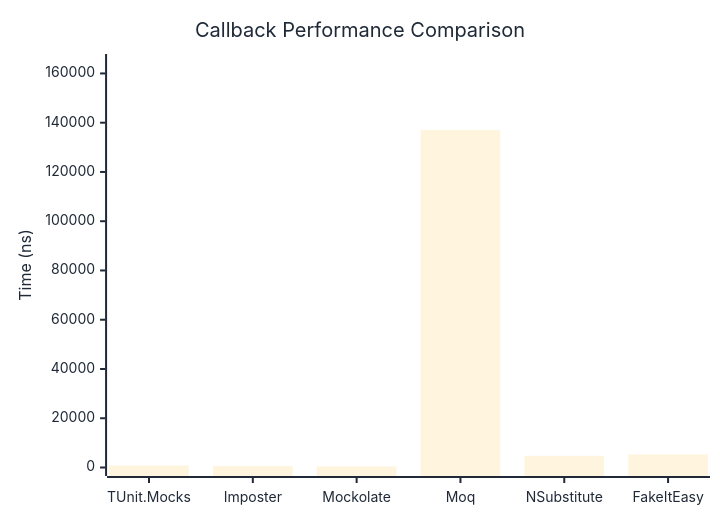
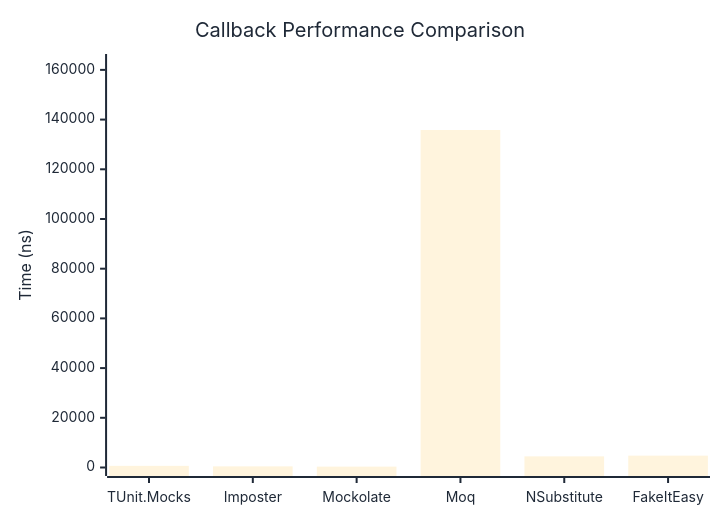
The first of 2 diagrams in docs/docs/benchmarks/mocks/Callback.md (thomhurst/TUnit), drawn with Mermaid before and after one commit. The commit also changed other lines of this file and 14 other files, not shown here.

````diff
--- a/docs/docs/benchmarks/mocks/Callback.md
+++ b/docs/docs/benchmarks/mocks/Callback.md
@@ -30,27 +30,27 @@
 ```mermaid
 %%{init: {
   'theme':'base',
   'themeVariables': {
     'primaryColor': '#2563eb',
     'primaryTextColor': '#1f2937',
     'primaryBorderColor': '#1e40af',
     'lineColor': '#6b7280',
     'secondaryColor': '#7c3aed',
     'tertiaryColor': '#dc2626',
     'background': '#ffffff',
     'pie1': '#2563eb',
     'pie2': '#7c3aed',
     'pie3': '#dc2626',
     'pie4': '#f59e0b',
     'pie5': '#10b981',
     'pie6': '#06b6d4',
     'pie7': '#ec4899',
     'pie8': '#6366f1'
   }
 }}%%
 xychart-beta
   title "Callback Performance Comparison"
   x-axis ["TUnit.Mocks", "Imposter", "Mockolate", "Moq", "NSubstitute", "FakeItEasy"]
-  y-axis "Time (ns)" 0 --> 164442
-  bar [786.8, 578.3, 430.4, 137034.5, 4740, 5309.2]
+  y-axis "Time (ns)" 0 --> 162969
+  bar [660.5, 459.7, 351, 135807.3, 4478.7, 4770.3]
 ```
````
